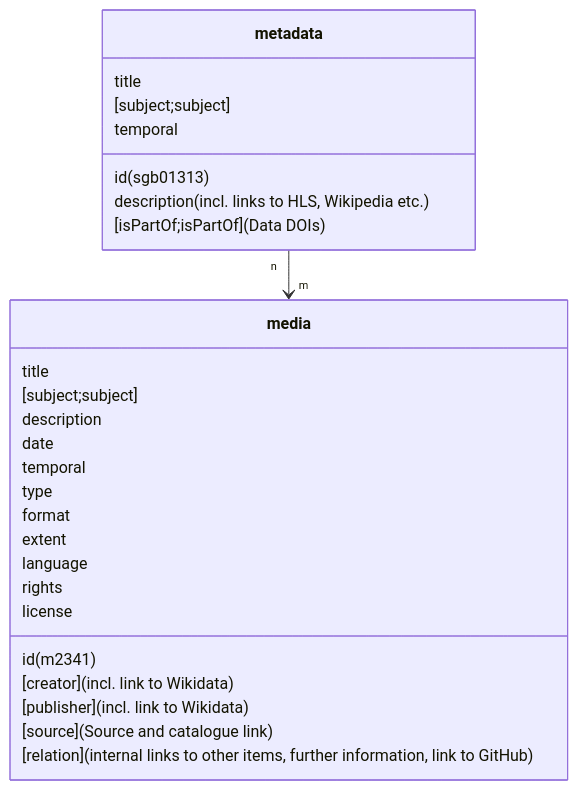
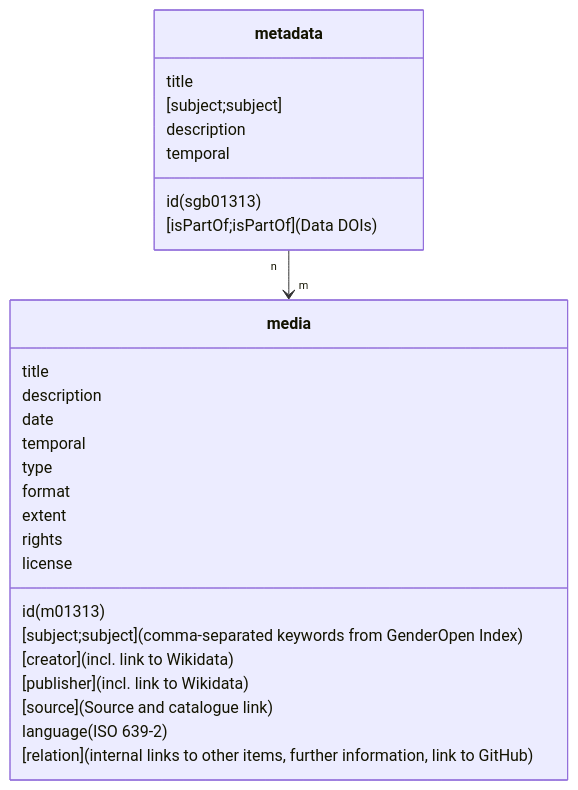
One commit to Stadt-Geschichte-Basel/forschung.stadtgeschichtebasel.ch changed the diagram in README.md. Above: the diagram before and after it, drawn with Mermaid. The commit also changed other lines of this file, not shown here.

Commit message:
feat: update mermaid diagram

````diff
--- a/README.md
+++ b/README.md
@@ -41,30 +41,30 @@
 ```mermaid
 classDiagram
     class metadata {
         id (sgb01313)
         title
         [subject;subject]
-        description (incl. links to HLS, Wikipedia etc.)
+        description
         temporal
         [isPartOf;isPartOf] (Data DOIs)
     }
     class media {
-        id (m2341)
+        id (m01313)
         title
-        [subject;subject]
+        [subject;subject] (comma-separated keywords from GenderOpen Index)
         description
         [creator] (incl. link to Wikidata)
         [publisher] (incl. link to Wikidata)
         date
         temporal
         type
         format
         extent
         [source] (Source and catalogue link)
-        language
+        language (ISO 639-2)
         [relation] (internal links to other items, further information, link to GitHub)
         rights
         license
     }
     metadata "n" --> "m" media
 ```
````
